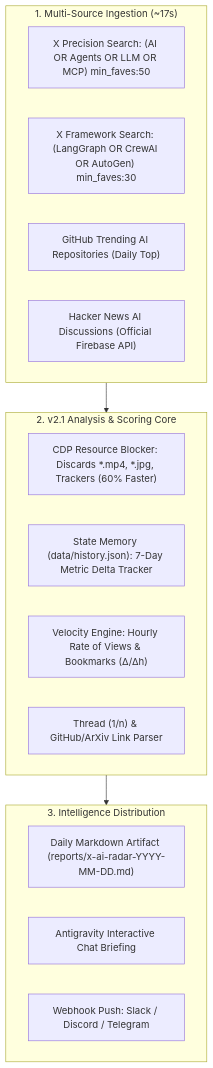
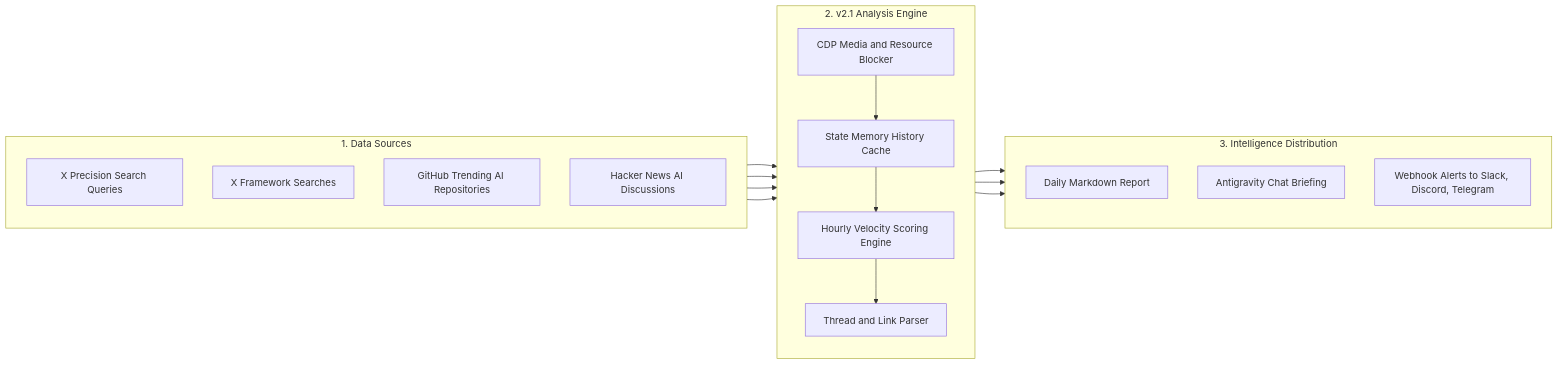
Before and after one commit to nanbada/X-AI-Radar: the diagram in README.md, drawn with Mermaid. The commit also changed other lines of this file and 2 other files, not shown here.

Commit message:
fix(docs): resolve GitHub Mermaid rendering issue by refactoring subgraph node linkages

````diff
--- a/README.md
+++ b/README.md
@@ -48,25 +48,36 @@
 ```mermaid
-flowchart TD
-    subgraph DataSources ["1. Multi-Source Ingestion (~17s)"]
-        A1["X Precision Search: (AI OR Agents OR LLM OR MCP) min_faves:50"]
-        A2["X Framework Search: (LangGraph OR CrewAI OR AutoGen) min_faves:30"]
-        A3["GitHub Trending AI Repositories (Daily Top)"]
-        A4["Hacker News AI Discussions (Official Firebase API)"]
+flowchart LR
+    subgraph Sources ["1. Data Sources"]
+        direction TB
+        A1["X Precision Search Queries"]
+        A2["X Framework Searches"]
+        A3["GitHub Trending AI Repositories"]
+        A4["Hacker News AI Discussions"]
     end
 
-    subgraph CoreEngine ["2. v2.1 Analysis & Scoring Core"]
-        B1["CDP Resource Blocker: Discards *.mp4, *.jpg, Trackers (60% Faster)"]
-        B2["State Memory (data/history.json): 7-Day Metric Delta Tracker"]
-        B3["Velocity Engine: Hourly Rate of Views & Bookmarks (Δ/Δh)"]
-        B4["Thread (1/n) & GitHub/ArXiv Link Parser"]
+    subgraph Core ["2. v2.1 Analysis Engine"]
+        direction TB
+        B1["CDP Media and Resource Blocker"]
+        B2["State Memory History Cache"]
+        B3["Hourly Velocity Scoring Engine"]
+        B4["Thread and Link Parser"]
     end
 
-    subgraph OutputHub ["3. Intelligence Distribution"]
-        C1["Daily Markdown Artifact (reports/x-ai-radar-YYYY-MM-DD.md)"]
-        C2["Antigravity Interactive Chat Briefing"]
-        C3["Webhook Push: Slack / Discord / Telegram"]
+    subgraph Outputs ["3. Intelligence Distribution"]
+        direction TB
+        C1["Daily Markdown Report"]
+        C2["Antigravity Chat Briefing"]
+        C3["Webhook Alerts to Slack, Discord, Telegram"]
     end
 
-    DataSources --> CoreEngine
-    CoreEngine --> OutputHub
+    A1 --> B1
+    A2 --> B1
+    A3 --> B3
+    A4 --> B3
+    B1 --> B2
+    B2 --> B3
+    B3 --> B4
+    B4 --> C1
+    B4 --> C2
+    B4 --> C3
 ```
````
